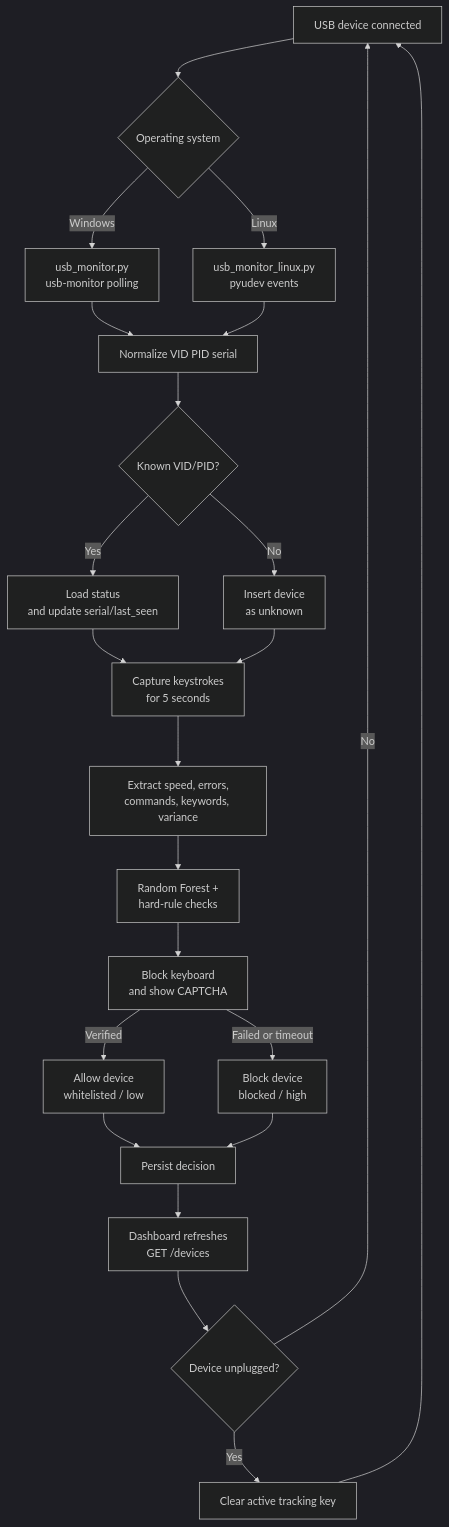
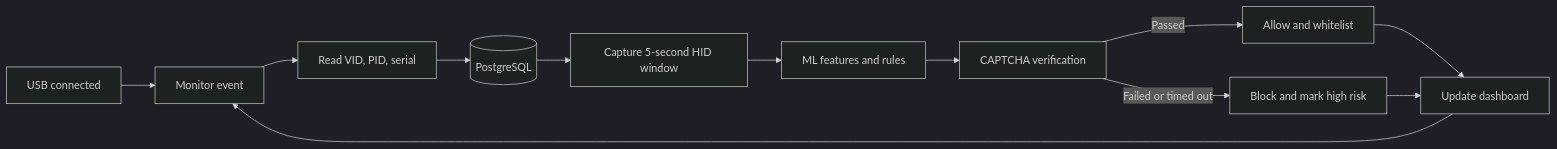
Before and after one commit to Joshva-Jashper/smart-USB-Intruction-detection-System_: the diagram in README.md, drawn with Mermaid (dark theme). The commit also changed other lines of this file and 1 other file, not shown here.

````diff
--- a/README.md
+++ b/README.md
@@ -37,25 +27,14 @@
 ```mermaid
-flowchart TD
-    A[USB device connected] --> B{Operating system}
-    B -->|Windows| C[usb_monitor.py<br/>usb-monitor polling]
-    B -->|Linux| D[usb_monitor_linux.py<br/>pyudev events]
-    C --> E[Normalize VID PID serial]
-    D --> E
-    E --> F{Known VID/PID?}
-    F -->|Yes| G[Load status<br/>and update serial/last_seen]
-    F -->|No| H[Insert device<br/>as unknown]
-    G --> I[Capture keystrokes<br/>for 5 seconds]
-    H --> I
-    I --> J[Extract speed, errors,<br/>commands, keywords, variance]
-    J --> K[Random Forest +<br/>hard-rule checks]
-    K --> L[Block keyboard<br/>and show CAPTCHA]
-    L -->|Verified| M[Allow device<br/>whitelisted / low]
-    L -->|Failed or timeout| N[Block device<br/>blocked / high]
-    M --> O[Persist decision]
-    N --> O
-    O --> P[Dashboard refreshes<br/>GET /devices]
-    P --> Q{Device unplugged?}
-    Q -->|Yes| R[Clear active tracking key]
-    R --> A
-    Q -->|No| A
+flowchart LR
+    A[USB connected] --> B[Monitor event]
+    B --> C[Read VID, PID, serial]
+    C --> D[(PostgreSQL)]
+    D --> E[Capture 5-second HID window]
+    E --> F[ML features and rules]
+    F --> G[CAPTCHA verification]
+    G -->|Passed| H[Allow and whitelist]
+    G -->|Failed or timed out| I[Block and mark high risk]
+    H --> J[Update dashboard]
+    I --> J
+    J --> B
 ```
````
